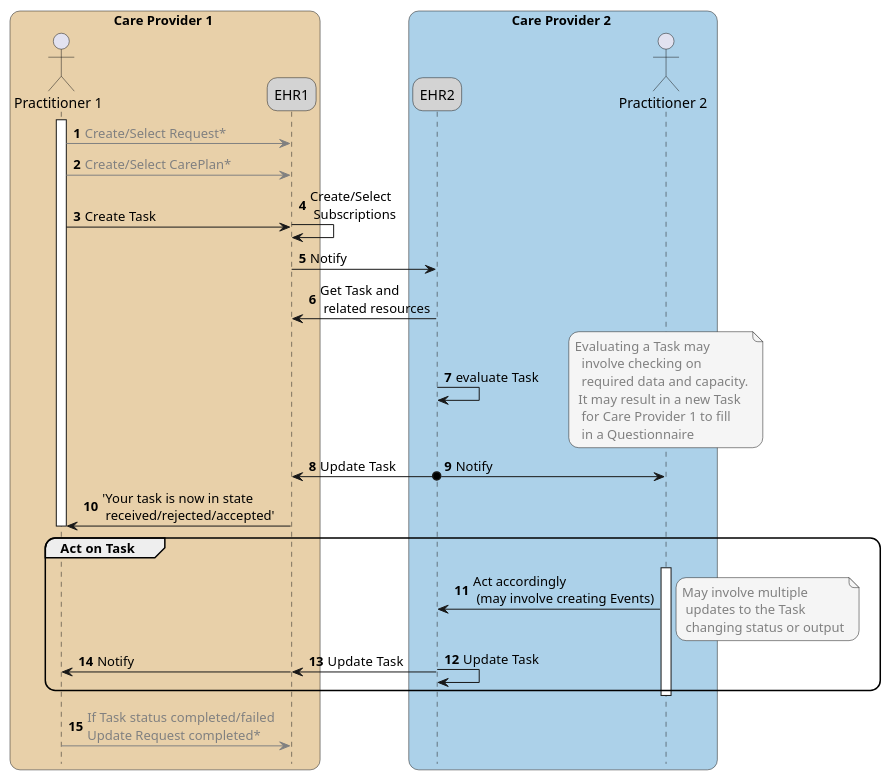
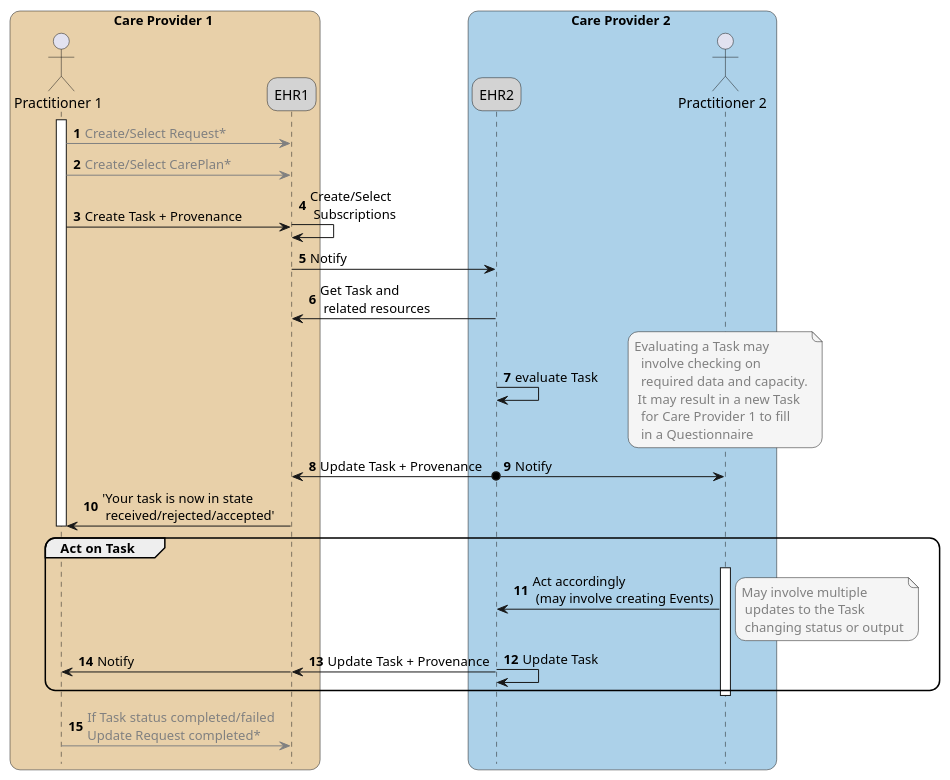
Before and after one commit to SanteonNL/shared-care-planning: the diagram in input/images-source/workflow-base-f.plantuml, drawn with PlantUML. The commit also changed 3 other files, not shown here.

```diff
--- a/input/images-source/workflow-base-f.plantuml
+++ b/input/images-source/workflow-base-f.plantuml
@@ -1,85 +1,85 @@
 @startuml workflow-base-f
 
 skinparam roundcorner 20
 skinparam defaultFontName Arial 
 
 
 !pragma teoz true
 
 box Care Provider 1 #e8d0a9
     actor "Practitioner 1" as P1
     participant "EHR1" as C1 #LightGray
 end box
 box Care Provider 2 #acd1e9
      participant "EHR2" as C2 #LightGray
     actor "Practitioner 2" as P2
 end box
 
 hide footbox
 
 activate P1
 autonumber
 P1 -[#Gray]> C1 : <color #Gray>Create/Select Request*
 P1 -[#Gray]> C1 : <color #Gray>Create/Select CarePlan*
 ' & C1 -> C1 : Find/select CarePlan
 
-P1 -> C1 : Create Task
+P1 -> C1 : Create Task + Provenance
 ' \nand CarePlan (if any)
 & C1 -> C1  : Create/Select\n Subscriptions
 ' \nand CareTeam, CarePlan 
 ' C1 o-> C1 : Notify CareTeam update,\n CarePlan update
 C1 -> C2  : Notify
 C2 -> C1  : Get Task and\n related resources
 
 
 ' autonumber 10 "<font color=Gray>0"
 '  E2 -[#Gray]> E2 : <color #Gray>evaluate Task\n <color #Gray>(required data,\n <color #Gray>capacity, etc)
 ' &E2 -[#Gray]> C2 : <color #Gray>Need more information
 ' & C2 -[#Gray]> C1  : <color #Gray>Create (sub-)Task2: do\n <color #Gray> Questionnaire 'required data'
 ' & C1 -[#Gray]> C1 : <color #Gray>Notify Task2 created
 ' & C1 -[#Gray]> P1 : <color #Gray>Present Questionnaire\n<color #Gray>(prefill data from EHR)
 
 ' P1 -[#Gray]> C1 : <color #Gray>Complete\n <color #Gray>QuestionnaireResponse
 ' & C1 -[#Gray]> C1 : <color #Gray>Update Task2: Add\n <color #Gray>QuestionnaireResponse
 ' & C1 -[#Gray]> C2 : <color #Gray>Notify Task2 update
 ' & C2 -[#Gray]> E2 : <color #Gray>Notify Task2 update
 
 C2 -> C2 : evaluate Task
 & note over P2 #WhiteSmoke
 <color #Gray>Evaluating a Task may
  <color #Gray> involve checking on
  <color #Gray> required data and capacity.
  <color #Gray>It may result in a new Task 
  <color #Gray> for Care Provider 1 to fill
  <color #Gray> in a Questionnaire
 end note
 
 ' C2 o-> P2 : Update Task
-C2 -> C1 : Update Task
+C2 -> C1 : Update Task + Provenance
 &C2 o-> P2 : Notify
 ' C1 -> C1  : Update CareTeam, CarePlan
 
 ' \n CareTeam updated\n CarePlan updated
 ' & C1 o-> C2 :Notify CareTeam updated\n CarePlan updated
 C1 -> P1 : 'Your task is now in state \n received/rejected/accepted'
 
 deactivate P1
 group Act on Task
     activate P2
     P2 -> C2 : Act accordingly\n (may involve creating Events) 
     
     & note right P2 #WhiteSmoke
     <color #Gray>May involve multiple 
     <color #Gray> updates to the Task
     <color #Gray> changing status or output
     end note
 
     C2 -> C2 : Update Task
-    &C2 -> C1 : Update Task
+    &C2 -> C1 : Update Task + Provenance
     &C1 -> P1 : Notify
     deactivate P2
 end 
 P1 -[#Gray]> C1 : <color #Gray>If Task status completed/failed\n<color #Gray>Update Request completed*
 
 
 @enduml
```
